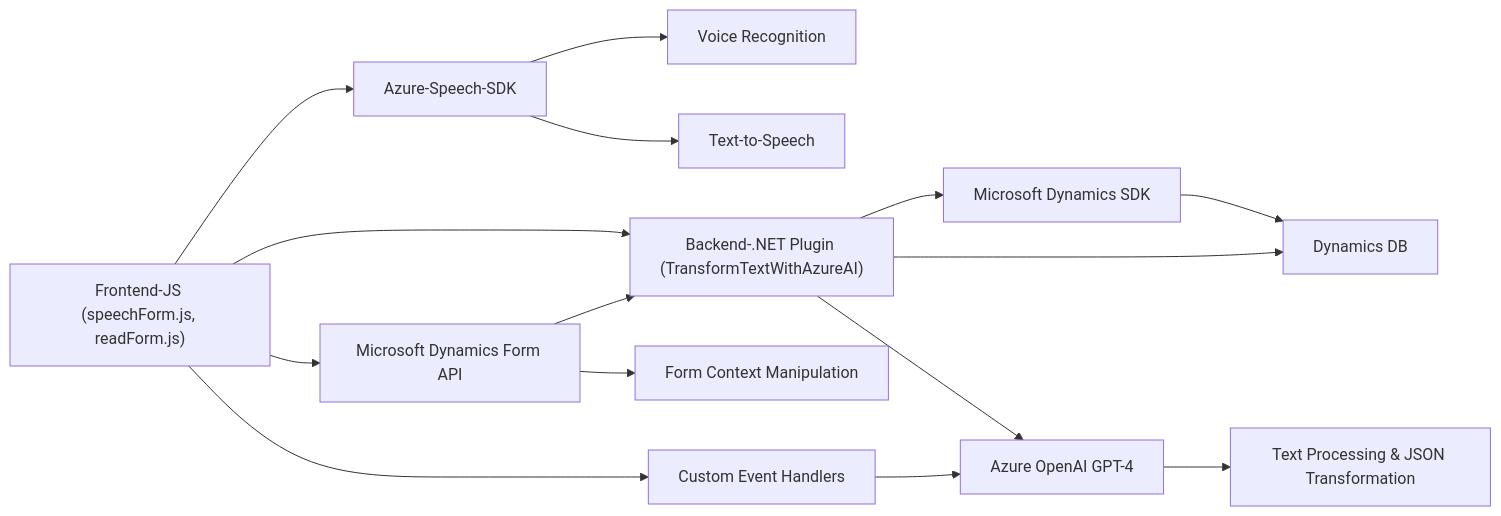
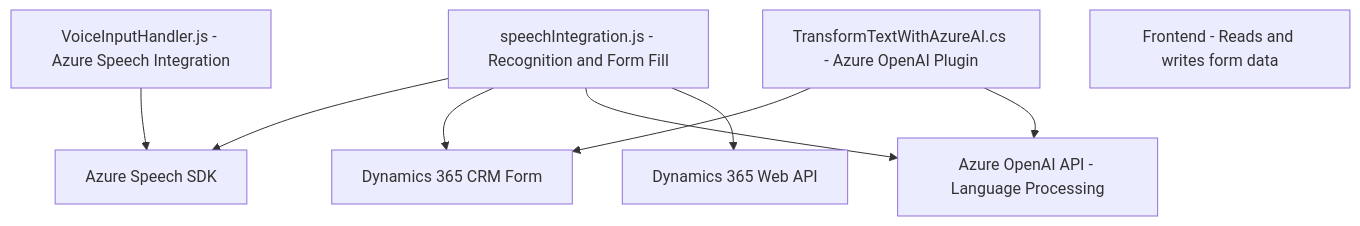
The diagram in README.md (blopezdm/NETCORE_BILBAO2025), drawn with Mermaid before and after one commit. The commit also changed other lines of this file, not shown here.

````diff
--- a/README.md
+++ b/README.md
@@ -48,19 +38,20 @@
 ```mermaid
-graph LR
-    A["Frontend-JS (speechForm.js, readForm.js)"] --> B["Azure-Speech-SDK"]
-    A --> C["Microsoft Dynamics Form API"]
-    B --> D["Voice Recognition"]
-    B --> E["Text-to-Speech"]
-    A --> F["Custom Event Handlers"]
-    C --> G["Form Context Manipulation"]
+graph TD
+    VoiceInputHandler["VoiceInputHandler.js - Azure Speech Integration"]
+    speechIntegration["speechIntegration.js - Recognition and Form Fill"]
+    TransformTextAI["TransformTextWithAzureAI.cs - Azure OpenAI Plugin"]
 
-    H["Backend-.NET Plugin (TransformTextWithAzureAI)"] --> I["Microsoft Dynamics SDK"]
-    H --> J["Azure OpenAI GPT-4"]
-    J --> K["Text Processing & JSON Transformation"]
-    I --> L["Dynamics DB"]
-    H --> L
+    Frontend["Frontend - Reads and writes form data"]
+    DynamicsForm["Dynamics 365 CRM Form"]
+    AzureSpeechSDK["Azure Speech SDK"]
+    AzureOpenAIAPI["Azure OpenAI API - Language Processing"]
+    DynamicsWebAPI["Dynamics 365 Web API"]
 
-    A --> H
-    F --> J
-    C --> H
+    VoiceInputHandler --> AzureSpeechSDK
+    speechIntegration --> AzureSpeechSDK
+    speechIntegration --> DynamicsForm
+    TransformTextAI --> DynamicsForm
+    TransformTextAI --> AzureOpenAIAPI
+    speechIntegration --> AzureOpenAIAPI
+    speechIntegration --> DynamicsWebAPI
 ```
````
